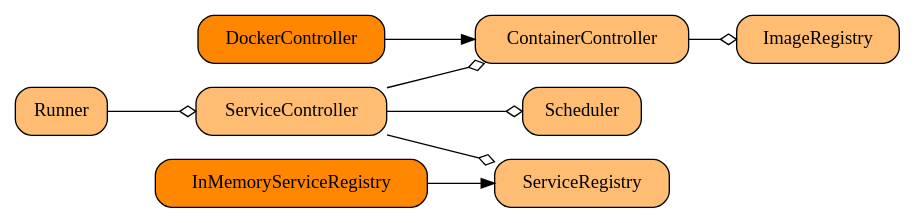
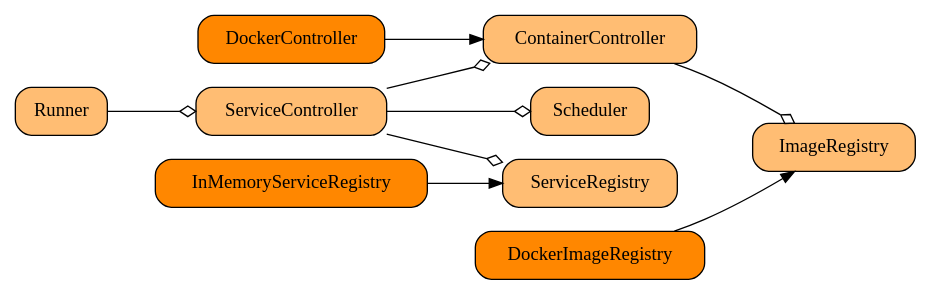
One commit to ITV/servicebox changed the diagram in docs/modules.dot. Above: the diagram before and after it, drawn with Graphviz. The commit also changed 4 other files, not shown here.

```diff
--- a/docs/modules.dot
+++ b/docs/modules.dot
@@ -1,32 +1,32 @@
 digraph {
   compound=true;
   rankdir=LR;
 
-
-    
   imgReg[label="ImageRegistry", style="rounded,filled", fillcolor="#FFBD73", shape="box"];
   srvReg[label="ServiceRegistry", style="rounded,filled", fillcolor="#FFBD73", shape="box"];
   memSrvReg[label="InMemoryServiceRegistry", style="rounded,filled", fillcolor="#FF8700", shape="box"];
   ctrCtrl[label="ContainerController", style="rounded,filled", fillcolor="#FFBD73", shape="box"];
   dckrCtrl[label="DockerController", style="rounded,filled", fillcolor="#FF8700", shape="box"];
+  dckrImgReg[label="DockerImageRegistry", style="rounded,filled", fillcolor="#FF8700", shape="box"];
   srvCtrl[label="ServiceController", style="rounded,filled", fillcolor="#FFBD73", shape="box"];
   scheduler[label="Scheduler", style="rounded,filled", fillcolor="#FFBD73", shape="box"];
   runner[label="Runner", style="rounded,filled", fillcolor="#FFBD73", shape="box"];
 
 
   subgraph a {
     edge [arrowhead = ediamond]
 
     ctrCtrl -> imgReg
     srvCtrl -> ctrCtrl
     srvCtrl -> srvReg
     srvCtrl -> scheduler
     runner -> srvCtrl
   }
 
   subgraph b {
     memSrvReg -> srvReg
+    dckrImgReg -> imgReg
     dckrCtrl -> ctrCtrl
   }
 
 }  
```
